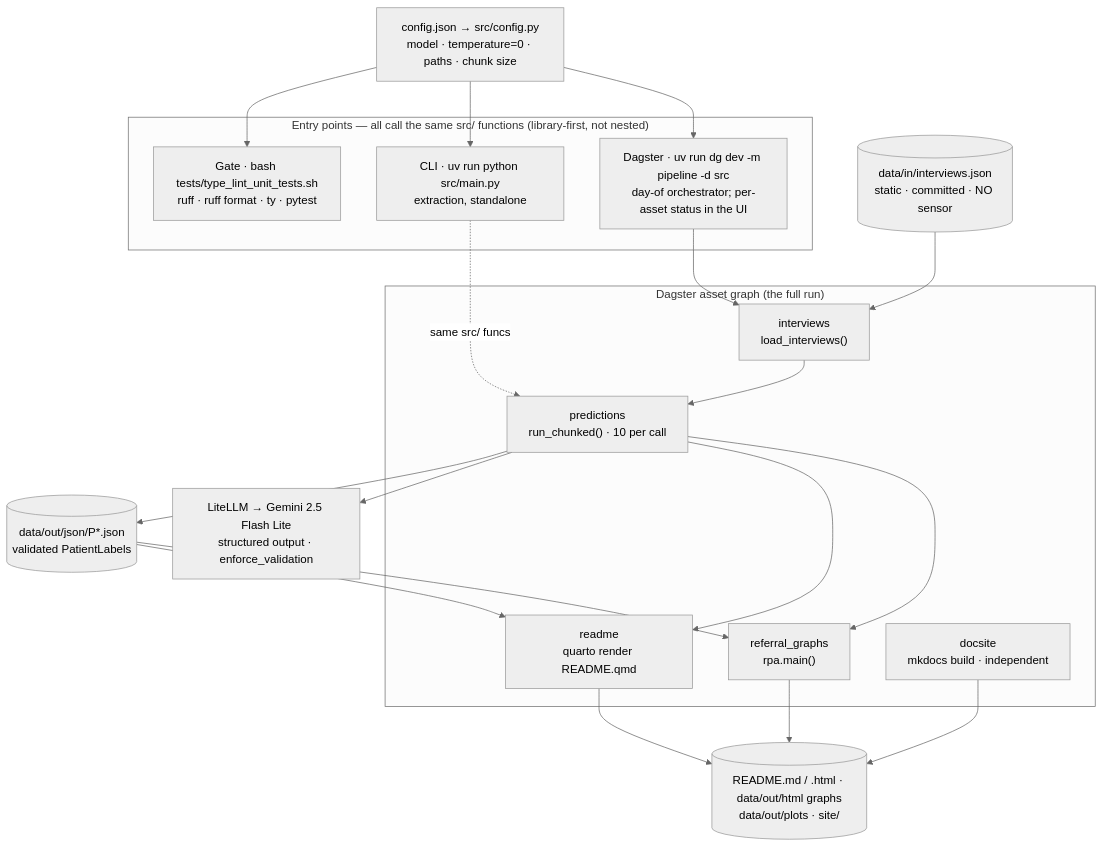
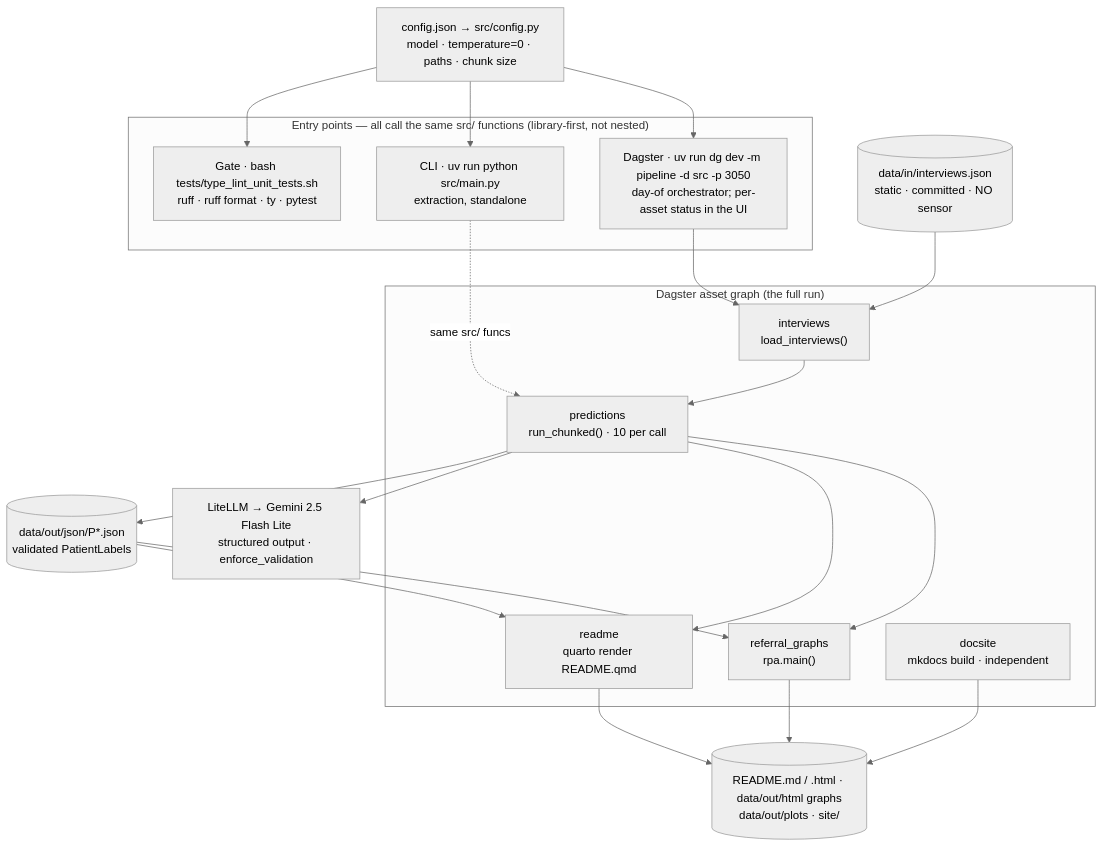
The diagram in docs/SYSTEM_DESIGN.md (carecodeconnect/crohnicity), drawn with Mermaid before and after one commit. The commit also changed other lines of this file and 37 other files, not shown here.

````diff
--- a/docs/SYSTEM_DESIGN.md
+++ b/docs/SYSTEM_DESIGN.md
@@ -18,40 +18,40 @@
 ``` mermaid
 %%{init: {'theme':'neutral'}}%%
 flowchart TB
     cfg["config.json → src/config.py<br/>model · temperature=0 · paths · chunk size"]
 
     subgraph entry["Entry points — all call the same src/ functions (library-first, not nested)"]
-        dgr["Dagster · uv run dg dev -m pipeline -d src<br/>day-of orchestrator; per-asset status in the UI"]
+        dgr["Dagster · uv run dg dev -m pipeline -d src -p 3050<br/>day-of orchestrator; per-asset status in the UI"]
         cli["CLI · uv run python src/main.py<br/>extraction, standalone"]
         gate["Gate · bash tests/type_lint_unit_tests.sh<br/>ruff · ruff format · ty · pytest"]
     end
 
     subgraph dag["Dagster asset graph (the full run)"]
         interviews["interviews<br/>load_interviews()"]
         predictions["predictions<br/>run_chunked() · 10 per call"]
         referral["referral_graphs<br/>rpa.main()"]
         rdme["readme<br/>quarto render README.qmd"]
         docsite["docsite<br/>mkdocs build · independent"]
         interviews --> predictions --> referral
         predictions --> rdme
     end
 
     indata[("data/in/interviews.json<br/>static · committed · NO sensor")]
     gemini["LiteLLM → Gemini 2.5 Flash Lite<br/>structured output · enforce_validation"]
     outjson[("data/out/json/P*.json<br/>validated PatientLabels")]
     arte[("README.md / .html · data/out/html graphs<br/>data/out/plots · site/")]
 
     cfg --> dgr
     cfg --> cli
     cfg --> gate
     dgr --> interviews
     cli -. same src/ funcs .-> predictions
     indata --> interviews
     predictions --> gemini
     predictions --> outjson
     outjson --> referral
     outjson --> rdme
     referral --> arte
     rdme --> arte
     docsite --> arte
 ```
````
